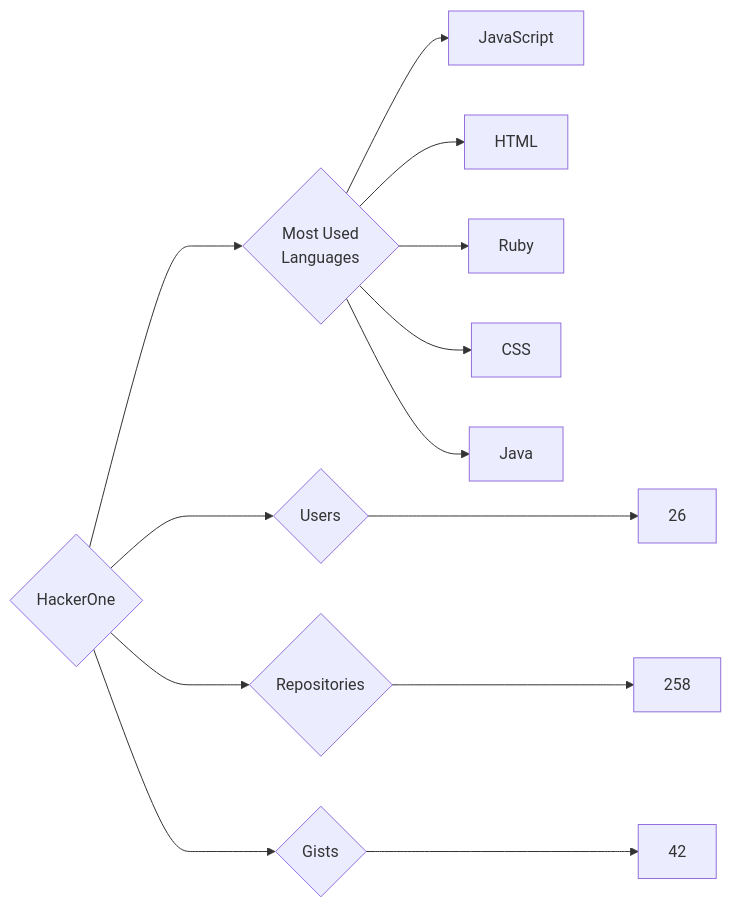
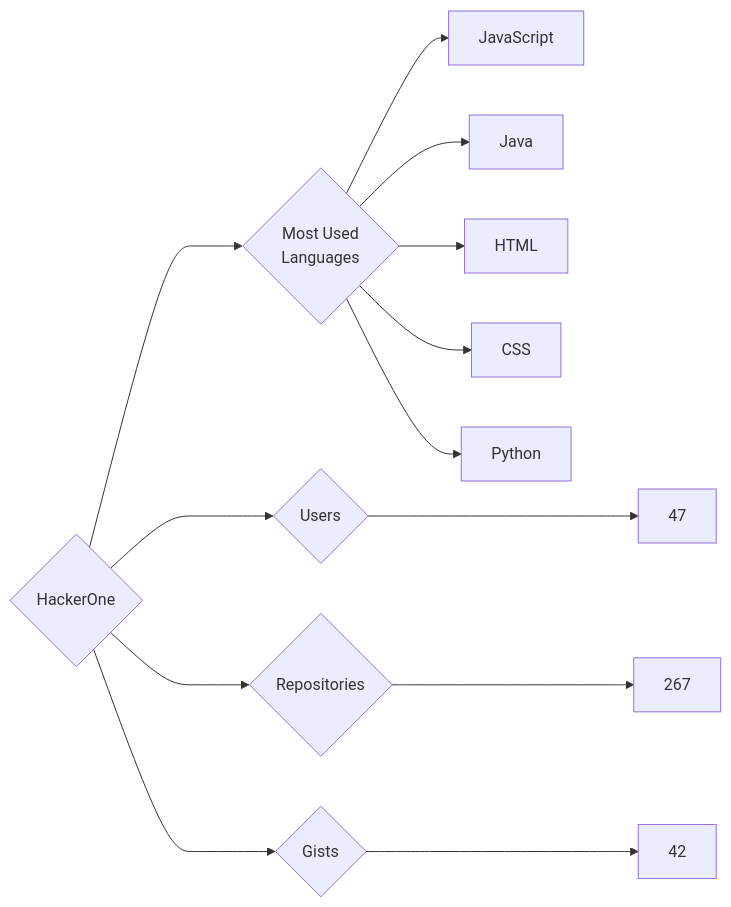
The diagram in targets/HackerOne/README.md (trickest/insiders), drawn with Mermaid before and after one commit. The commit also changed 951 other files, not shown here.

````diff
--- a/targets/HackerOne/README.md
+++ b/targets/HackerOne/README.md
@@ -3,13 +3,13 @@
 ```mermaid
 graph LR
 COMPANY_NAME{HackerOne}
-COMPANY_NAME ---> U{Users} ---> UN[26]
-COMPANY_NAME ---> R{Repositories} ---> RN[258]
+COMPANY_NAME ---> U{Users} ---> UN[47]
+COMPANY_NAME ---> R{Repositories} ---> RN[267]
 COMPANY_NAME ---> G{Gists} ---> GN[42]
 COMPANY_NAME ---> ML{Most Used<br>Languages}
-ML --> JavaScript
-ML --> HTML
-ML --> Ruby
-ML --> CSS
-ML --> Java
+ML --> JavaScript[JavaScript]
+ML --> Java[Java]
+ML --> HTML[HTML]
+ML --> CSS[CSS]
+ML --> Python[Python]
 ```
````
